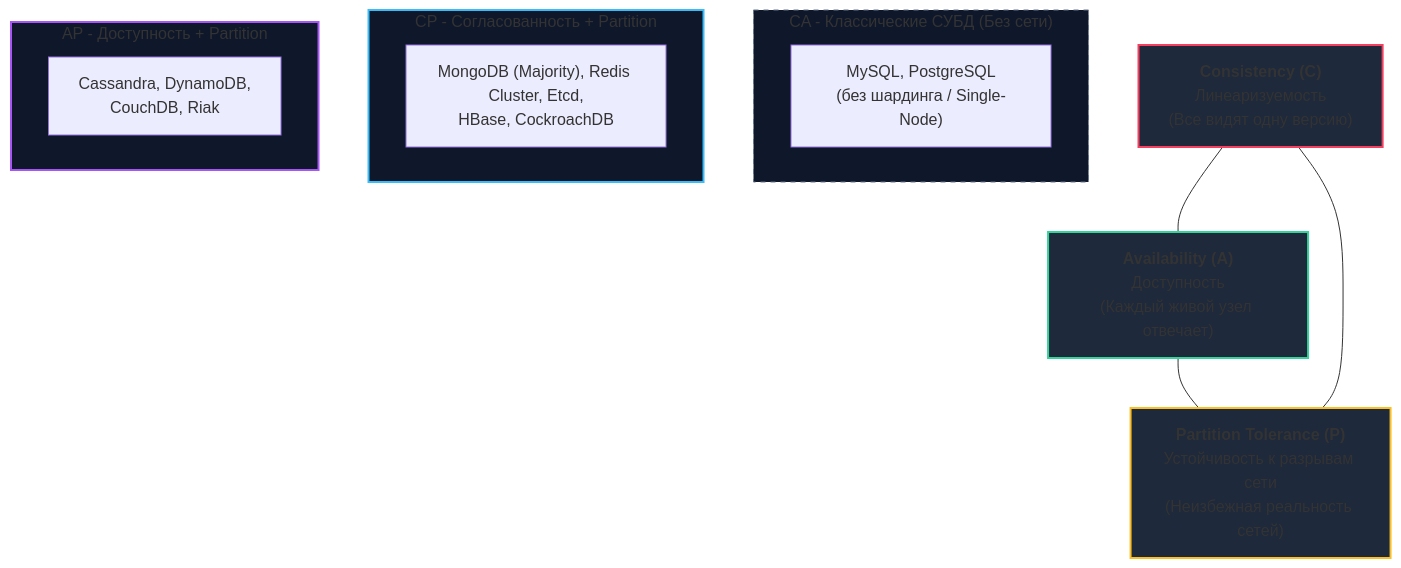
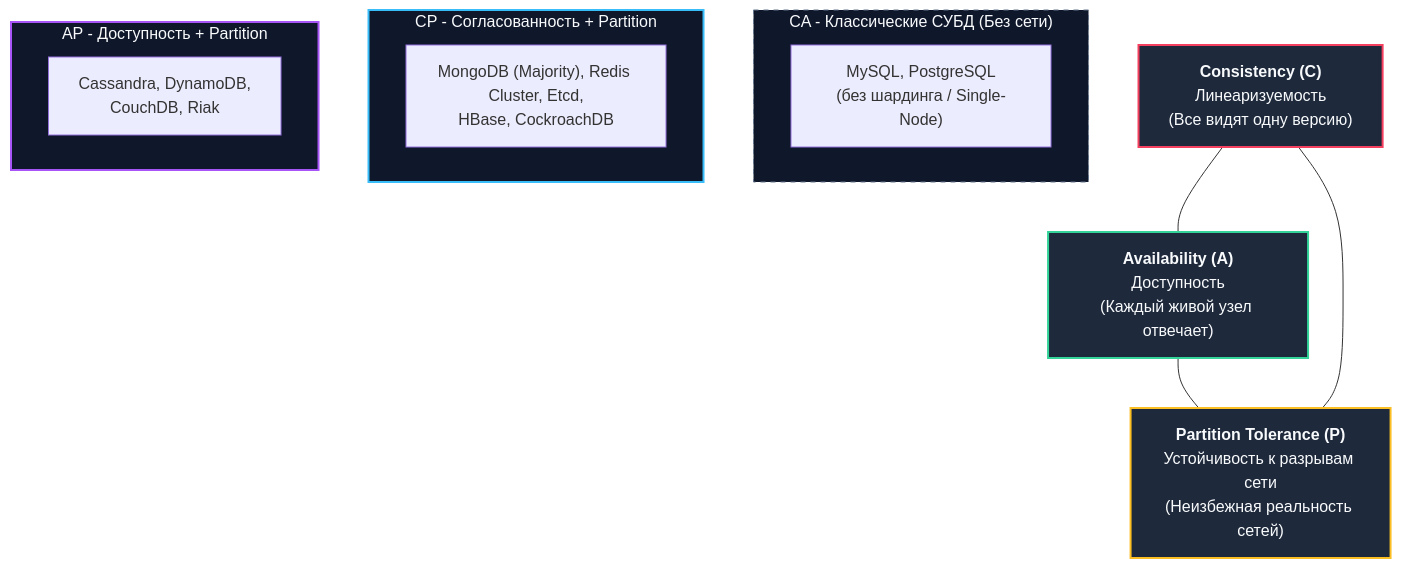
Before and after one commit to UnrealTemplier/go-textbook: the first of 3 diagrams in sources/12. Базы данных/08. Распределенные базы данных/7. CAP теорема.md, drawn with Mermaid. The commit also changed other lines of this file and 310 other files, not shown here.

First line of the commit message:
fix(mermaid): replace light fill colors with dark palette for readability on dark theme

````diff
--- a/sources/12. Базы данных/08. Распределенные базы данных/7. CAP теорема.md
+++ b/sources/12. Базы данных/08. Распределенные базы данных/7. CAP теорема.md
@@ -13,25 +13,25 @@
 ```mermaid
 graph TD
     C["<b>Consistency (C)</b><br>Линеаризуемость<br>(Все видят одну версию)"] --- A["<b>Availability (A)</b><br>Доступность<br>(Каждый живой узел отвечает)"]
     A --- P["<b>Partition Tolerance (P)</b><br>Устойчивость к разрывам сети<br>(Неизбежная реальность сетей)"]
     P --- C
 
     subgraph CA ["CA - Классические СУБД (Без сети)"]
         CA_Text["MySQL, PostgreSQL<br>(без шардинга / Single-Node)"]
     end
 
     subgraph CP ["CP - Согласованность + Partition"]
         CP_Text["MongoDB (Majority), Redis Cluster, Etcd,<br>HBase, CockroachDB"]
     end
 
     subgraph AP ["AP - Доступность + Partition"]
         AP_Text["Cassandra, DynamoDB,<br>CouchDB, Riak"]
     end
 
-    style C fill:#1e293b,stroke:#f43f5e,stroke-width:2px
-    style A fill:#1e293b,stroke:#34d399,stroke-width:2px
-    style P fill:#1e293b,stroke:#fbbf24,stroke-width:2px
-    style CA fill:#0f172a,stroke:#64748b,stroke-dasharray: 5 5
-    style CP fill:#0f172a,stroke:#38bdf8,stroke-width:2px
-    style AP fill:#0f172a,stroke:#a855f7,stroke-width:2px
+    style C fill:#1e293b,stroke:#f43f5e,stroke-width:2px,color:#f8fafc
+    style A fill:#1e293b,stroke:#34d399,stroke-width:2px,color:#f8fafc
+    style P fill:#1e293b,stroke:#fbbf24,stroke-width:2px,color:#f8fafc
+    style CA fill:#0f172a,stroke:#64748b,stroke-dasharray: 5 5,color:#f8fafc
+    style CP fill:#0f172a,stroke:#38bdf8,stroke-width:2px,color:#f8fafc
+    style AP fill:#0f172a,stroke:#a855f7,stroke-width:2px,color:#f8fafc
 ```
````
